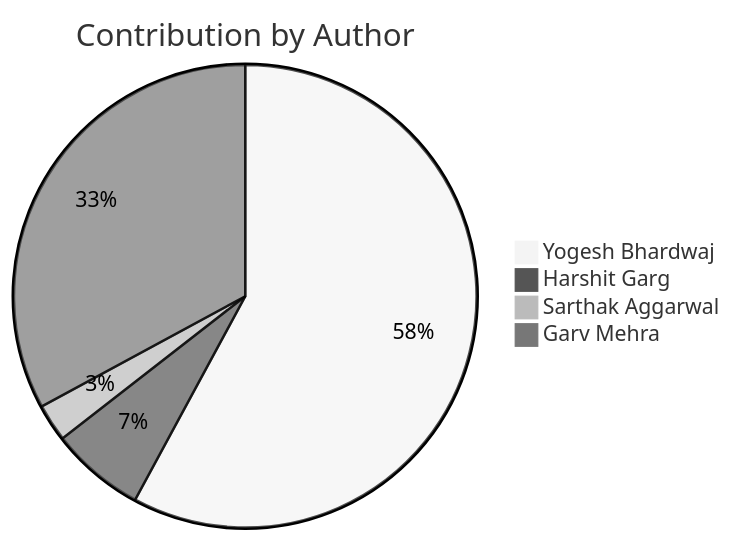
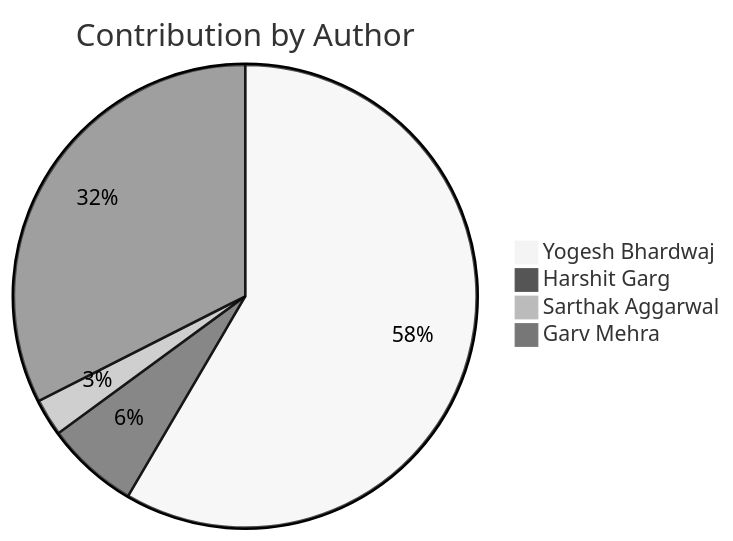
The diagram in README.md (Yogesh-Bhardwaj-hue/Scm-Final_2.0), drawn with Mermaid (neutral theme) before and after one commit. The commit also changed other lines of this file, not shown here.

Commit message:
Update contribution charts

````diff
--- a/README.md
+++ b/README.md
@@ -161,7 +161,7 @@
 ```mermaid
 pie title Contribution by Author
-    "Yogesh Bhardwaj": 44
+    "Yogesh Bhardwaj": 45
     "Harshit Garg": 5
     "Sarthak Aggarwal": 2
     "Garv Mehra": 25
 ```
````
